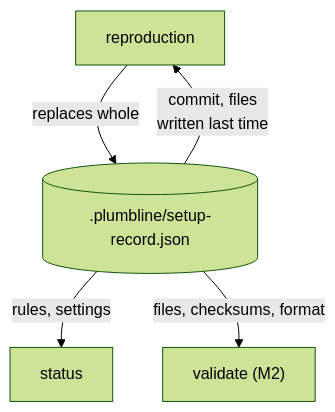
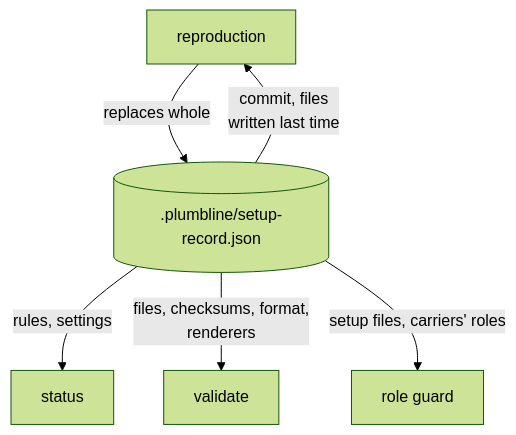
Before and after one commit to jheun66/plumbline: the third of 3 diagrams in docs/design/setup-record.md, drawn with Mermaid (forest theme). The commit also changed other lines of this file and 14 other files, not shown here.

First line of the commit message:
Add M2 design: validate, verify, role guard, and M2 parts elsewhere

````diff
--- a/docs/design/setup-record.md
+++ b/docs/design/setup-record.md
@@ -241,7 +265,8 @@
 ```mermaid
 flowchart TB
   R["reproduction"] -->|"replaces whole"| S[(".plumbline/setup-record.json")]
   S -->|"commit, files<br/>written last time"| R
   S -->|"rules, settings"| T["status"]
-  S -->|"files, checksums, format"| V["validate (M2)"]
+  S -->|"files, checksums, format,<br/>renderers"| V["validate"]
+  S -->|"setup files, carriers' roles"| G["role guard"]
 ```
````
